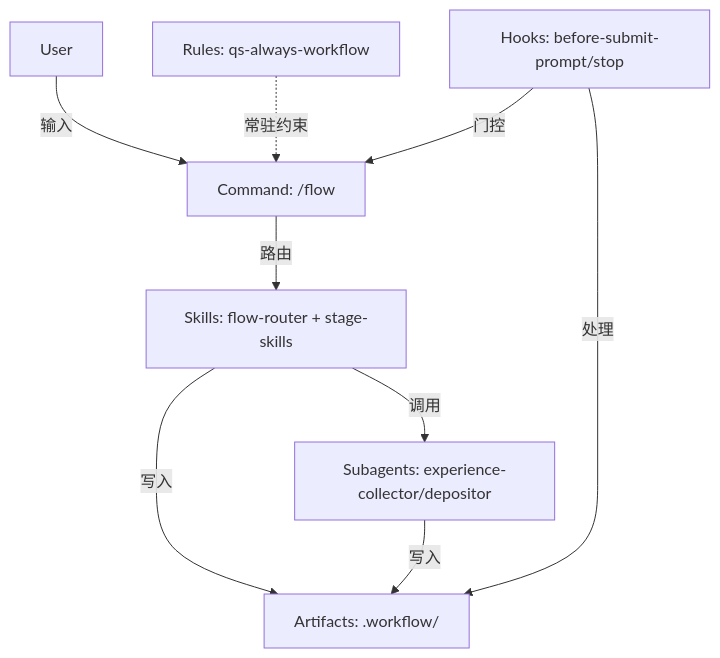
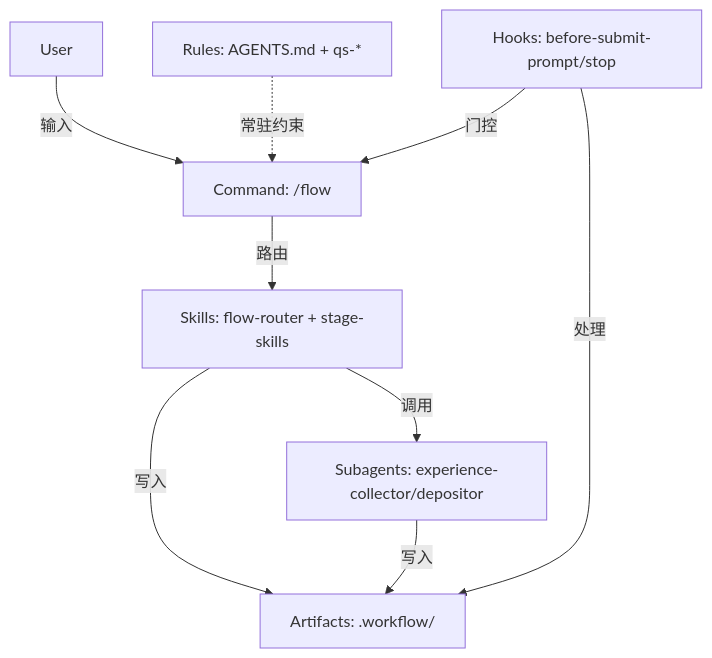
Before and after one commit to tower1229/LingXi: the diagram in docs/05-development/research/cursor-capabilities-analysis.md, drawn with Mermaid. The commit also changed other lines of this file and 15 other files, not shown here.

````diff
--- a/docs/05-development/research/cursor-capabilities-analysis.md
+++ b/docs/05-development/research/cursor-capabilities-analysis.md
@@ -184,19 +249,19 @@
 ```mermaid
 graph TB
     User[User]
     Command[Command: /flow]
-    Rule[Rules: qs-always-workflow]
+    Rule[Rules: AGENTS.md + qs-*]
     Skill[Skills: flow-router + stage-skills]
     Subagent[Subagents: experience-collector/depositor]
     Hook[Hooks: before-submit-prompt/stop]
     Artifacts[Artifacts: .workflow/]
     
     User -->|输入| Command
     Rule -.->|常驻约束| Command
     Command -->|路由| Skill
     Skill -->|调用| Subagent
     Skill -->|写入| Artifacts
     Subagent -->|写入| Artifacts
     Hook -->|门控| Command
     Hook -->|处理| Artifacts
 ```
````
